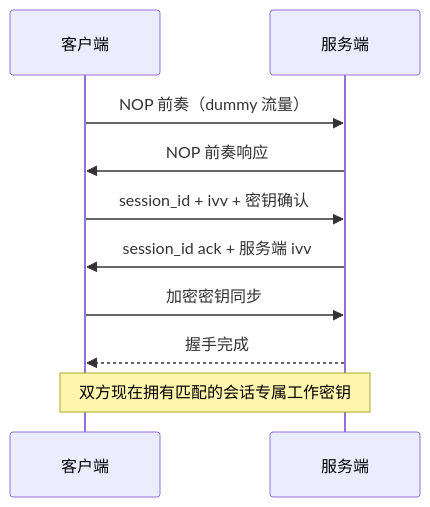
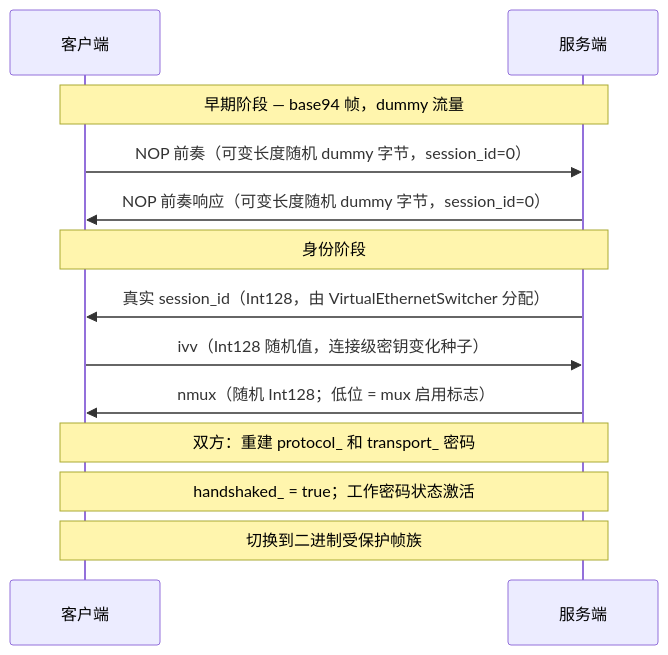
The fourth of 7 diagrams in docs/TUNNEL_DESIGN_CN.md (HyacinthHaru/openppp2), drawn with Mermaid before and after one commit. The commit also changed other lines of this file and 80 other files, not shown here.

````diff
--- a/docs/TUNNEL_DESIGN_CN.md
+++ b/docs/TUNNEL_DESIGN_CN.md
@@ -158,13 +172,18 @@
 ```mermaid
 sequenceDiagram
     participant Client as 客户端
     participant Server as 服务端
 
-    Client->>Server: NOP 前奏（dummy 流量）
-    Server->>Client: NOP 前奏响应
-    Client->>Server: session_id + ivv + 密钥确认
-    Server->>Client: session_id ack + 服务端 ivv
-    Client->>Server: 加密密钥同步
-    Server-->>Client: 握手完成
-    Note over Client,Server: 双方现在拥有匹配的会话专属工作密钥
+    Note over Client,Server: 早期阶段 — base94 帧，dummy 流量
+    Client->>Server: NOP 前奏（可变长度随机 dummy 字节，session_id=0）
+    Server->>Client: NOP 前奏响应（可变长度随机 dummy 字节，session_id=0）
+
+    Note over Client,Server: 身份阶段
+    Server->>Client: 真实 session_id（Int128，由 VirtualEthernetSwitcher 分配）
+    Client->>Server: ivv（Int128 随机值，连接级密钥变化种子）
+    Server->>Client: nmux（随机 Int128；低位 = mux 启用标志）
+
+    Note over Client,Server: 双方：重建 protocol_ 和 transport_ 密码
+    Note over Client,Server: handshaked_ = true；工作密码状态激活
+    Note over Client,Server: 切换到二进制受保护帧族
 ```
````
